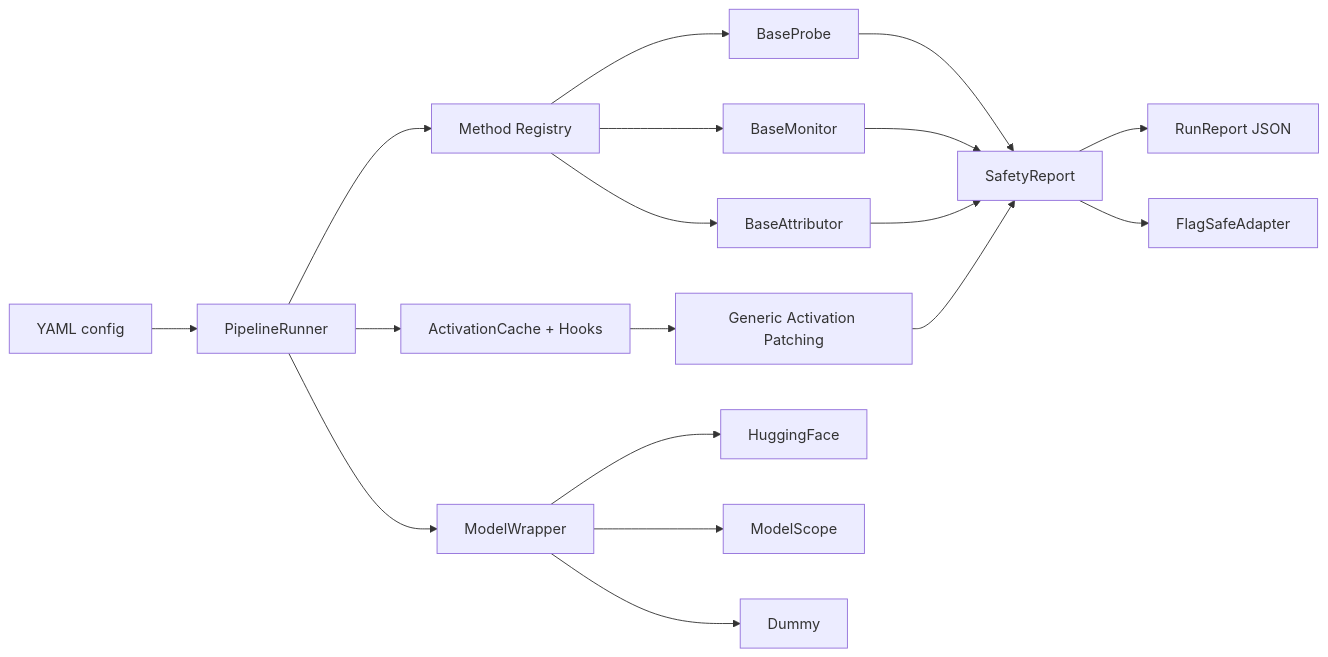
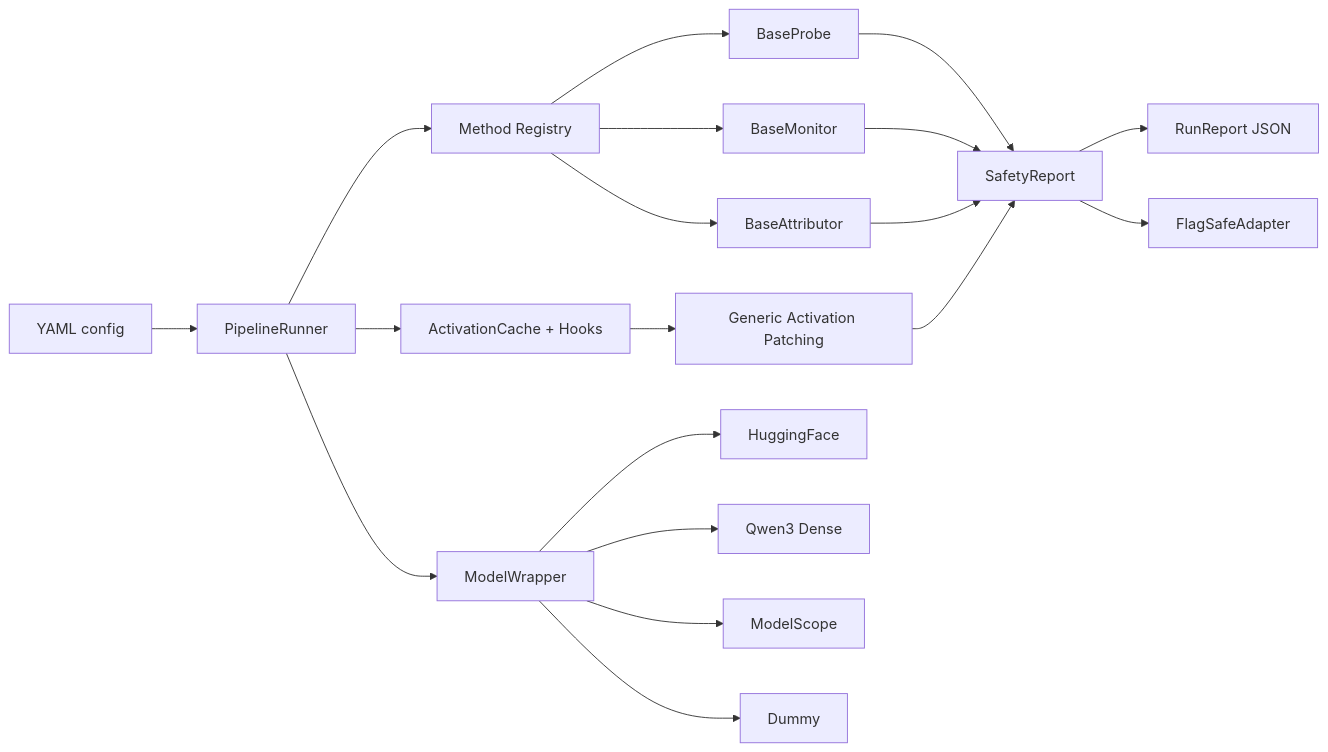
Before and after one commit to PKU-PILLAR-Group/SafeLens: the diagram in README.md, drawn with Mermaid. The commit also changed other lines of this file and 7 other files, not shown here.

````diff
--- a/README.md
+++ b/README.md
@@ -74,20 +74,21 @@
 ```mermaid
 flowchart LR
     YAML["YAML config"] --> Runner["PipelineRunner"]
     Runner --> Model["ModelWrapper"]
     Runner --> Registry["Method Registry"]
     Registry --> Probe["BaseProbe"]
     Registry --> Monitor["BaseMonitor"]
     Registry --> Attributor["BaseAttributor"]
     Runner --> Hooks["ActivationCache + Hooks"]
     Hooks --> Patching["Generic Activation Patching"]
     Model --> HF["HuggingFace"]
+    Model --> Qwen3["Qwen3 Dense"]
     Model --> MS["ModelScope"]
     Model --> Dummy["Dummy"]
     Probe --> Report["SafetyReport"]
     Monitor --> Report
     Attributor --> Report
     Patching --> Report
     Report --> JSON["RunReport JSON"]
     Report --> FlagSafe["FlagSafeAdapter"]
 ```
````
